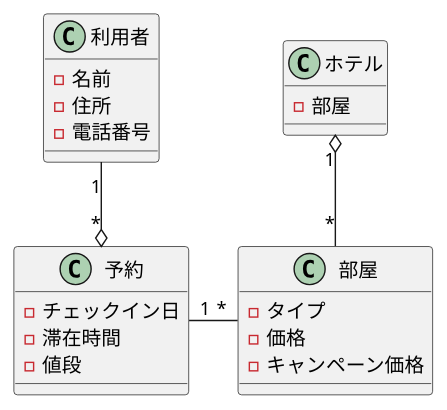
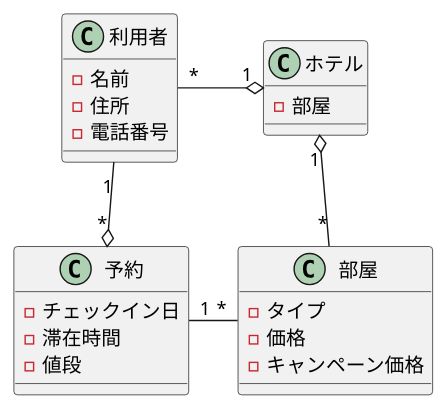
Before and after one commit to allface017/uml-introduction: the diagram in 演習3-3_CL_ホテルと利用者と部屋と予約.pu, drawn with PlantUML.

Commit message:
演習3-3の修正

```diff
--- a/演習3-3_CL_ホテルと利用者と部屋と予約.pu
+++ b/演習3-3_CL_ホテルと利用者と部屋と予約.pu
@@ -1,27 +1,27 @@
 @startuml クラス図
 class "利用者" as custmer {
     -名前
     -住所
     -電話番号
 }
 
 class "ホテル" as hoteru {
     -部屋
 }
 
 class "部屋" as Heya {
     -タイプ
     -価格
     - キャンペーン価格
 }
 
 class "予約" as Yoyaku {
     -チェックイン日
     -滞在時間
     -値段
 }
-
+custmer "*" -ri-o "1" hoteru
 custmer "1" --o "*" Yoyaku
 hoteru "1" o-- "*" Heya
 Yoyaku "1" -ri- "*" Heya
 @enduml
```
